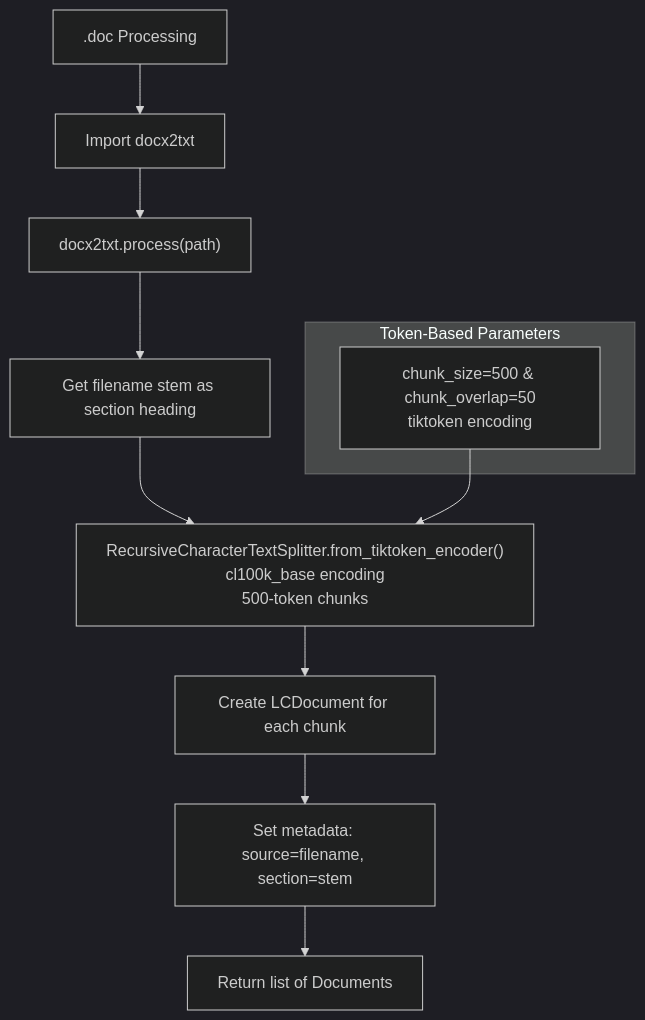
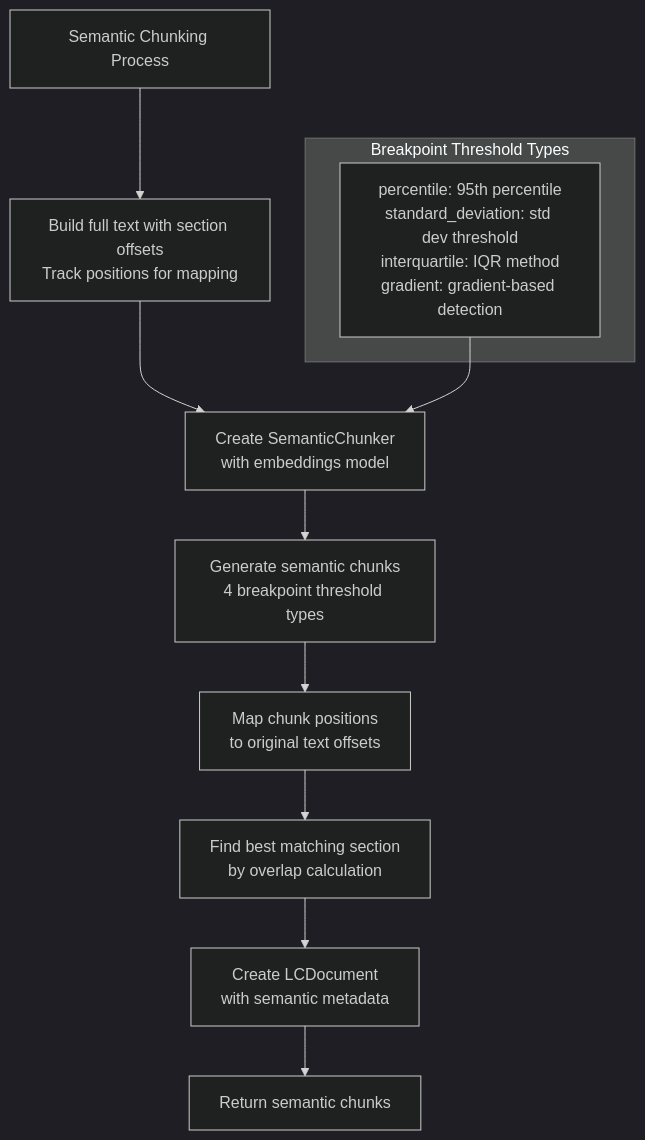
Before and after one commit to ognelis/cafetera_hr_bot: the fourth of 12 diagrams in .qoder/repowiki/en/content/RAG Integration/RAG Parser Enhancement.md, drawn with Mermaid (dark theme). The commit also changed other lines of this file and 10 other files, not shown here.

````diff
--- a/.qoder/repowiki/en/content/RAG Integration/RAG Parser Enhancement.md
+++ b/.qoder/repowiki/en/content/RAG Integration/RAG Parser Enhancement.md
@@ -245,14 +260,14 @@
 ```mermaid
 flowchart TD
-StartDoc[".doc Processing"] --> ImportLib["Import docx2txt"]
-ImportLib --> ProcessText["docx2txt.process(path)"]
-ProcessText --> GetStem["Get filename stem as section heading"]
-GetStem --> SplitText["RecursiveCharacterTextSplitter.from_tiktoken_encoder()<br/>cl100k_base encoding<br/>500-token chunks"]
-SplitText --> CreateDocs["Create LCDocument for each chunk"]
-CreateDocs --> SetMetadata["Set metadata: source=filename, section=stem"]
-SetMetadata --> ReturnDocs["Return list of Documents"]
-subgraph "Token-Based Parameters"
-Params["chunk_size=500 & chunk_overlap=50<br/>tiktoken encoding"]
+StartSemantic["Semantic Chunking Process"] --> BuildText["Build full text with section offsets<br/>Track positions for mapping"]
+BuildText --> CreateChunker["Create SemanticChunker<br/>with embeddings model"]
+CreateChunker --> GenerateChunks["Generate semantic chunks<br/>4 breakpoint threshold types"]
+GenerateChunks --> MapPositions["Map chunk positions<br/>to original text offsets"]
+MapPositions --> FindSection["Find best matching section<br/>by overlap calculation"]
+FindSection --> CreateDocs["Create LCDocument<br/>with semantic metadata"]
+CreateDocs --> ReturnDocs["Return semantic chunks"]
+subgraph "Breakpoint Threshold Types"
+Types["percentile: 95th percentile<br/>standard_deviation: std dev threshold<br/>interquartile: IQR method<br/>gradient: gradient-based detection"]
 end
-Params --> SplitText
+Types --> CreateChunker
 ```
````
